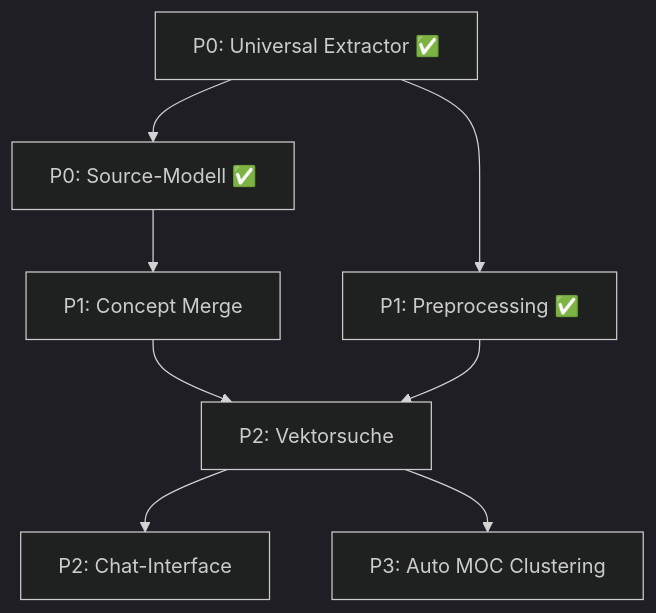
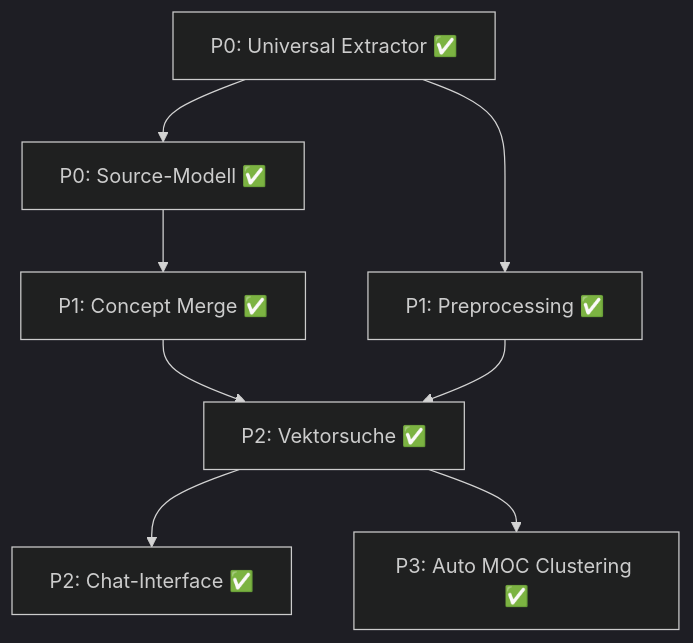
The diagram in docs/README.md (sdbaron/ebook-ingest), drawn with Mermaid (dark theme) before and after one commit. The commit also changed other lines of this file and 1 other file, not shown here.

````diff
--- a/docs/README.md
+++ b/docs/README.md
@@ -32,10 +32,10 @@
 ```mermaid
 graph TD
     P0A[P0: Universal Extractor ✅] --> P0B[P0: Source-Modell ✅]
     P0A --> P1B[P1: Preprocessing ✅]
-    P0B --> P1A[P1: Concept Merge]
-    P1A --> P2A[P2: Vektorsuche]
+    P0B --> P1A[P1: Concept Merge ✅]
+    P1A --> P2A[P2: Vektorsuche ✅]
     P1B --> P2A
-    P2A --> P2B[P2: Chat-Interface]
-    P2A --> P3[P3: Auto MOC Clustering]
+    P2A --> P2B[P2: Chat-Interface ✅]
+    P2A --> P3[P3: Auto MOC Clustering ✅]
 ```
````
